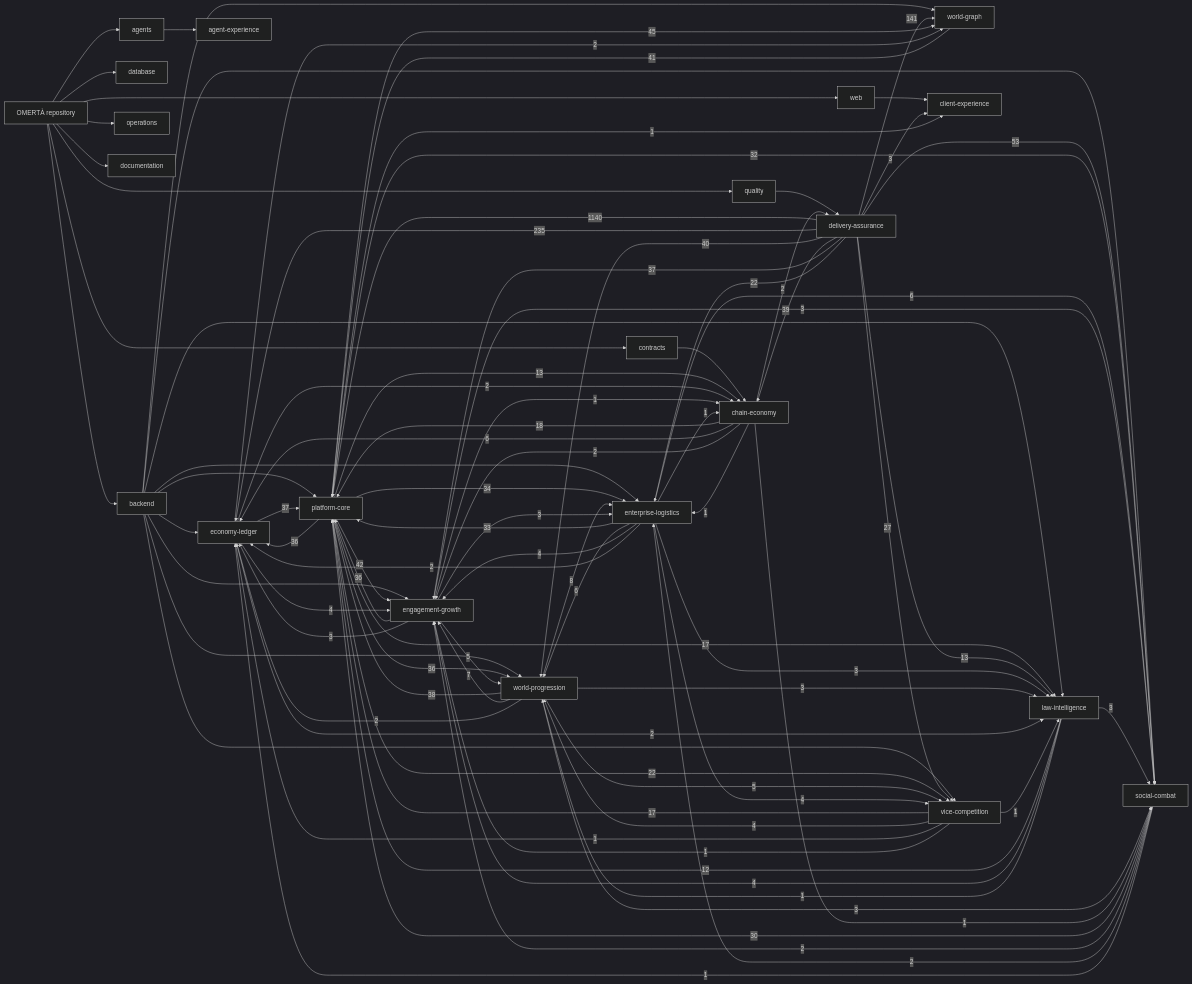
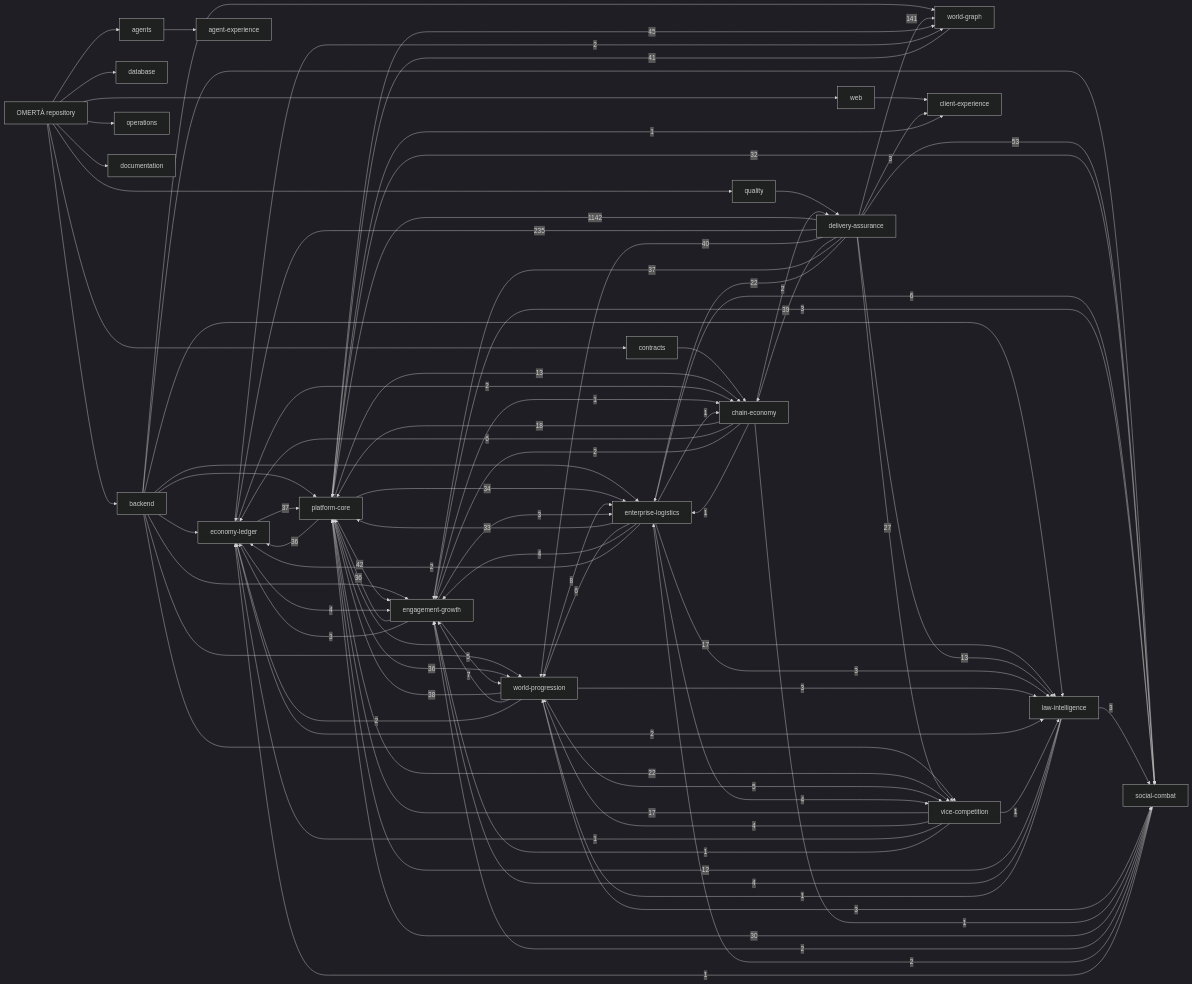
One commit to OmertaDev/Omerta changed the diagram in knowledge/generated/graph.mmd. Above: the diagram before and after it, drawn with Mermaid (dark theme). The commit also changed 4 other files, not shown here.

```diff
--- a/knowledge/generated/graph.mmd
+++ b/knowledge/generated/graph.mmd
@@ -1,111 +1,111 @@
 flowchart LR
   repo["OMERTÀ repository"]
   sub_backend["backend"]
   repo --> sub_backend
   sub_database["database"]
   repo --> sub_database
   sub_web["web"]
   repo --> sub_web
   sub_contracts["contracts"]
   repo --> sub_contracts
   sub_agents["agents"]
   repo --> sub_agents
   sub_quality["quality"]
   repo --> sub_quality
   sub_operations["operations"]
   repo --> sub_operations
   sub_documentation["documentation"]
   repo --> sub_documentation
   dom_platform-core["platform-core"]
   dom_economy-ledger["economy-ledger"]
   dom_social-combat["social-combat"]
   dom_world-progression["world-progression"]
   dom_world-graph["world-graph"]
   dom_enterprise-logistics["enterprise-logistics"]
   dom_vice-competition["vice-competition"]
   dom_law-intelligence["law-intelligence"]
   dom_chain-economy["chain-economy"]
   dom_engagement-growth["engagement-growth"]
   dom_client-experience["client-experience"]
   dom_agent-experience["agent-experience"]
   dom_delivery-assurance["delivery-assurance"]
   sub_agents --> dom_agent-experience
   sub_backend --> dom_economy-ledger
   sub_backend --> dom_engagement-growth
   sub_backend --> dom_enterprise-logistics
   sub_backend --> dom_law-intelligence
   sub_backend --> dom_platform-core
   sub_backend --> dom_social-combat
   sub_backend --> dom_vice-competition
   sub_backend --> dom_world-graph
   sub_backend --> dom_world-progression
   sub_contracts --> dom_chain-economy
   sub_quality --> dom_delivery-assurance
   sub_web --> dom_client-experience
-  dom_delivery-assurance -->|1140| dom_platform-core
+  dom_delivery-assurance -->|1142| dom_platform-core
   dom_delivery-assurance -->|235| dom_economy-ledger
   dom_delivery-assurance -->|141| dom_world-graph
   dom_delivery-assurance -->|53| dom_social-combat
   dom_platform-core -->|45| dom_world-graph
   dom_platform-core -->|42| dom_engagement-growth
   dom_world-graph -->|41| dom_platform-core
   dom_delivery-assurance -->|40| dom_world-progression
   dom_delivery-assurance -->|39| dom_chain-economy
   dom_world-progression -->|38| dom_platform-core
   dom_delivery-assurance -->|37| dom_engagement-growth
   dom_economy-ledger -->|37| dom_platform-core
   dom_engagement-growth -->|36| dom_platform-core
   dom_platform-core -->|36| dom_economy-ledger
   dom_platform-core -->|36| dom_world-progression
   dom_platform-core -->|34| dom_enterprise-logistics
   dom_enterprise-logistics -->|33| dom_platform-core
   dom_platform-core -->|32| dom_social-combat
   dom_social-combat -->|30| dom_platform-core
   dom_delivery-assurance -->|27| dom_vice-competition
   dom_delivery-assurance -->|22| dom_enterprise-logistics
   dom_platform-core -->|22| dom_vice-competition
   dom_chain-economy -->|18| dom_platform-core
   dom_platform-core -->|17| dom_law-intelligence
   dom_vice-competition -->|17| dom_platform-core
   dom_delivery-assurance -->|13| dom_law-intelligence
   dom_platform-core -->|13| dom_chain-economy
   dom_law-intelligence -->|12| dom_platform-core
   dom_world-progression -->|8| dom_enterprise-logistics
   dom_world-progression -->|7| dom_engagement-growth
   dom_chain-economy -->|6| dom_economy-ledger
   dom_enterprise-logistics -->|6| dom_social-combat
   dom_enterprise-logistics -->|6| dom_world-progression
   dom_engagement-growth -->|5| dom_world-progression
   dom_world-progression -->|5| dom_vice-competition
   dom_economy-ledger -->|4| dom_engagement-growth
   dom_enterprise-logistics -->|4| dom_engagement-growth
   dom_enterprise-logistics -->|4| dom_vice-competition
   dom_law-intelligence -->|4| dom_engagement-growth
   dom_vice-competition -->|4| dom_world-progression
   dom_delivery-assurance -->|3| dom_client-experience
   dom_engagement-growth -->|3| dom_economy-ledger
   dom_engagement-growth -->|3| dom_enterprise-logistics
   dom_engagement-growth -->|3| dom_social-combat
   dom_enterprise-logistics -->|3| dom_law-intelligence
   dom_law-intelligence -->|3| dom_social-combat
   dom_world-progression -->|3| dom_law-intelligence
   dom_world-progression -->|3| dom_social-combat
   dom_chain-economy -->|2| dom_delivery-assurance
   dom_chain-economy -->|2| dom_engagement-growth
   dom_economy-ledger -->|2| dom_chain-economy
   dom_economy-ledger -->|2| dom_law-intelligence
   dom_economy-ledger -->|2| dom_world-graph
   dom_enterprise-logistics -->|2| dom_economy-ledger
   dom_social-combat -->|2| dom_engagement-growth
   dom_social-combat -->|2| dom_enterprise-logistics
   dom_world-progression -->|2| dom_economy-ledger
   dom_chain-economy -->|1| dom_enterprise-logistics
   dom_chain-economy -->|1| dom_social-combat
   dom_engagement-growth -->|1| dom_chain-economy
   dom_enterprise-logistics -->|1| dom_chain-economy
   dom_law-intelligence -->|1| dom_world-progression
   dom_platform-core -->|1| dom_client-experience
   dom_social-combat -->|1| dom_economy-ledger
   dom_vice-competition -->|1| dom_economy-ledger
   dom_vice-competition -->|1| dom_engagement-growth
   dom_vice-competition -->|1| dom_law-intelligence
```
